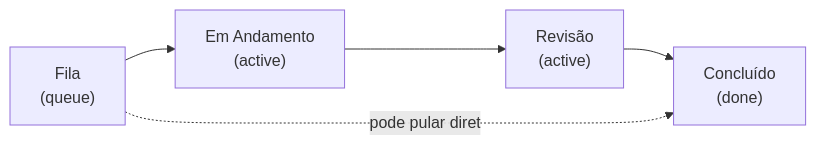
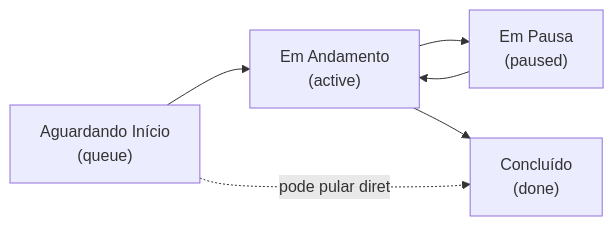
The diagram in 05 - Quadro Kanban e Cronômetro.md (Clamilton/sistemas_reserva), drawn with Mermaid before and after one commit. The commit also changed other lines of this file and 9 other files, not shown here.

````diff
--- a/05 - Quadro Kanban e Cronômetro.md
+++ b/05 - Quadro Kanban e Cronômetro.md
@@ -11,7 +11,8 @@
 ```mermaid
 flowchart LR
-    Fila["Fila\n(queue)"] --> Andamento["Em Andamento\n(active)"]
-    Andamento --> Revisao["Revisão\n(active)"]
-    Revisao --> Concluido["Concluído\n(done)"]
+    Fila["Aguardando Início\n(queue)"] --> Andamento["Em Andamento\n(active)"]
+    Andamento --> Pausa["Em Pausa\n(paused)"]
+    Pausa --> Andamento
+    Andamento --> Concluido["Concluído\n(done)"]
     Fila -.pode pular direto.-> Concluido
 ```
````
